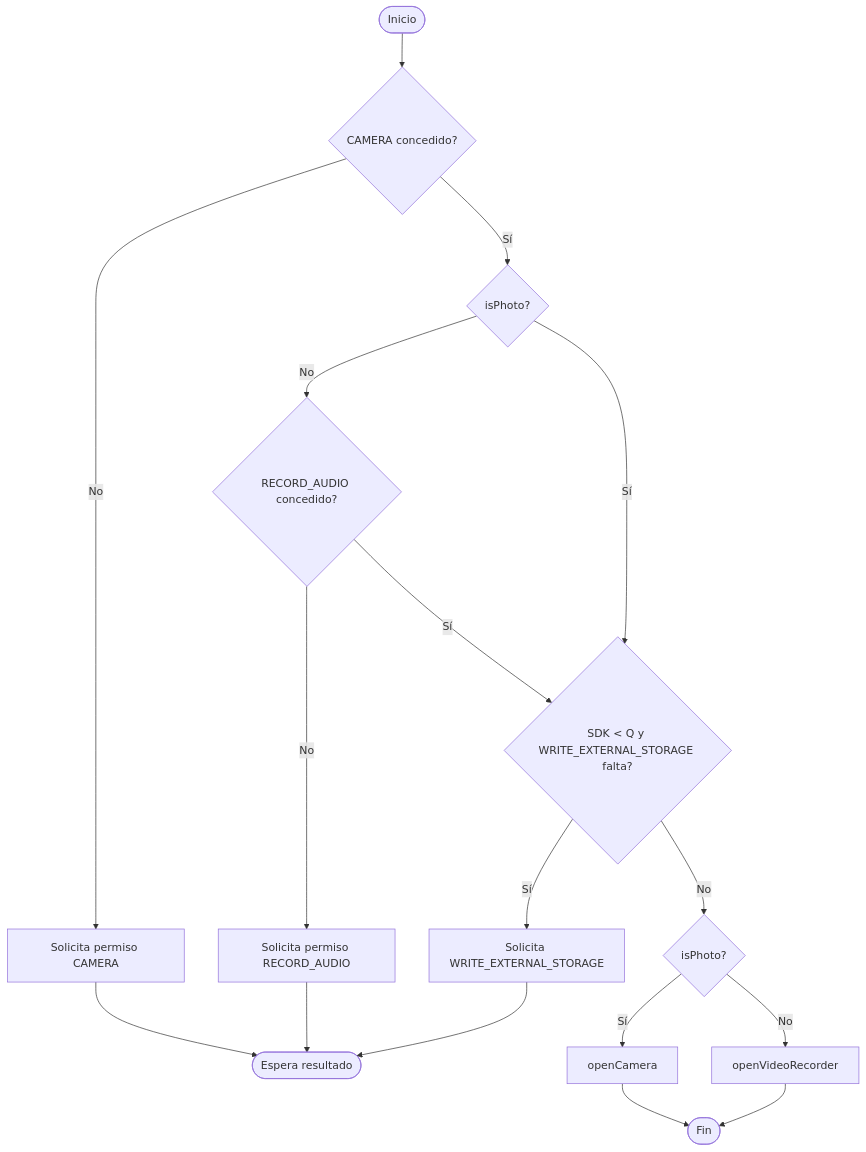
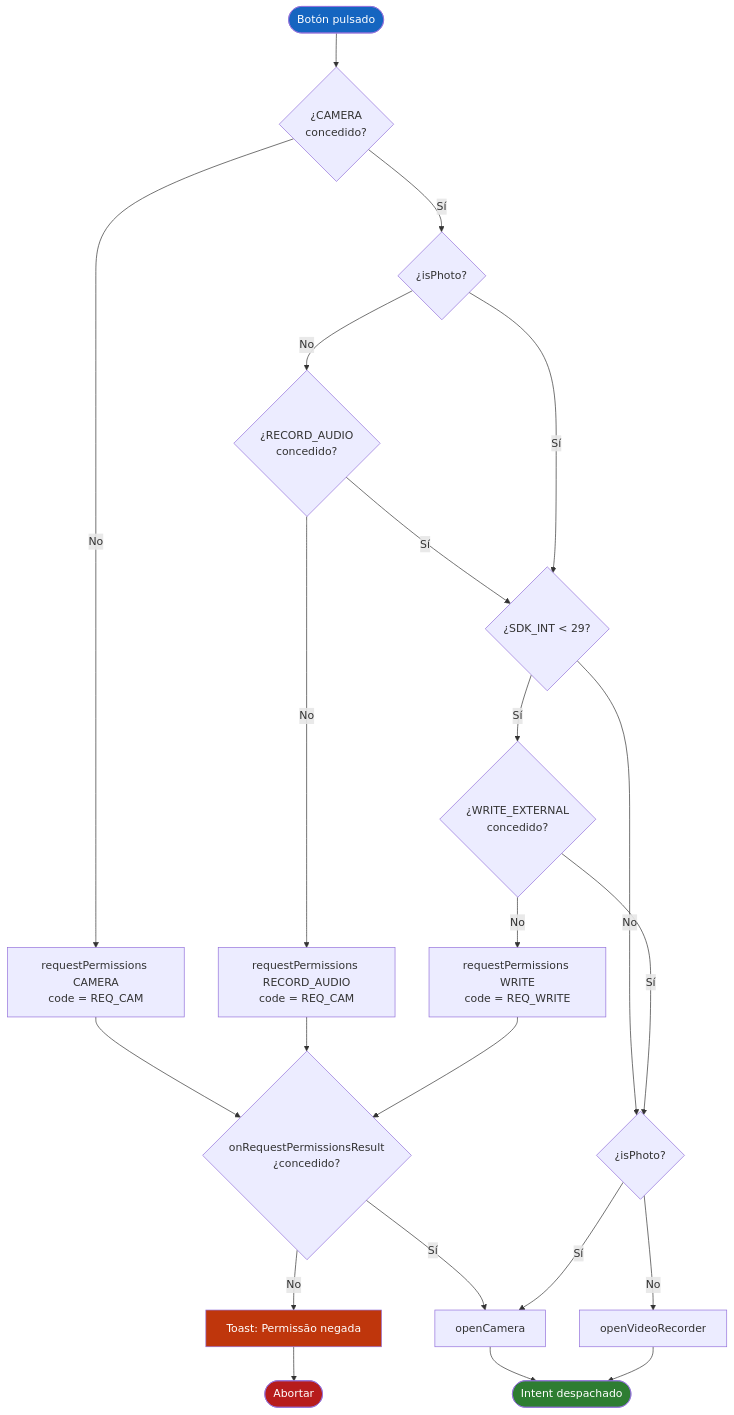
One commit to VictorHJesusSantiago/AppCamera changed the sixth of 9 diagrams in README_ES.md. Above: the diagram before and after it, drawn with Mermaid. The commit also changed other lines of this file and 2 other files, not shown here.

Commit message:
Refactor code structure for improved readability and maintainability

````diff
--- a/README_ES.md
+++ b/README_ES.md
@@ -655,19 +831,29 @@
 ```mermaid
 flowchart TD
-    Start([Inicio]) --> A{CAMERA concedido?}
-    A -- No --> ReqCam[Solicita permiso CAMERA]
-    ReqCam --> End1([Espera resultado])
-    A -- Sí --> B{isPhoto?}
-    B -- No --> C{RECORD_AUDIO concedido?}
-    C -- No --> ReqAudio[Solicita permiso RECORD_AUDIO]
-    ReqAudio --> End1
-    C -- Sí --> D
-    B -- Sí --> D{SDK < Q y WRITE_EXTERNAL_STORAGE falta?}
-    D -- Sí --> ReqWrite[Solicita WRITE_EXTERNAL_STORAGE]
-    ReqWrite --> End1
-    D -- No --> E{isPhoto?}
-    E -- Sí --> F[openCamera]
-    E -- No --> G[openVideoRecorder]
-    F --> End2([Fin])
-    G --> End2
+    START([Botón pulsado]) --> CAM{¿CAMERA<br/>concedido?}
+    CAM -- No --> REQCAM[requestPermissions CAMERA<br/>code = REQ_CAM]
+    REQCAM --> CB{onRequestPermissionsResult<br/>¿concedido?}
+    CB -- No --> TOAST[Toast: Permissão negada]
+    TOAST --> END([Abortar])
+    CB -- Sí --> OPEN
+    CAM -- Sí --> ISPHOTO{¿isPhoto?}
+    ISPHOTO -- No --> AUD{¿RECORD_AUDIO<br/>concedido?}
+    AUD -- No --> REQAUD[requestPermissions RECORD_AUDIO<br/>code = REQ_CAM]
+    REQAUD --> CB
+    AUD -- Sí --> SDK
+    ISPHOTO -- Sí --> SDK{¿SDK_INT < 29?}
+    SDK -- No --> BRANCH
+    SDK -- Sí --> WRT{¿WRITE_EXTERNAL<br/>concedido?}
+    WRT -- No --> REQWRT[requestPermissions WRITE<br/>code = REQ_WRITE]
+    REQWRT --> CB
+    WRT -- Sí --> BRANCH
+    BRANCH{¿isPhoto?} -- Sí --> OPEN[openCamera]
+    BRANCH -- No --> OPENV[openVideoRecorder]
+    OPEN --> DONE([Intent despachado])
+    OPENV --> DONE
+
+    style START fill:#1565C0,color:#fff
+    style DONE fill:#2E7D32,color:#fff
+    style END fill:#B71C1C,color:#fff
+    style TOAST fill:#BF360C,color:#fff
 ```
````
